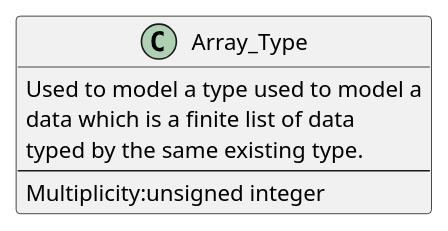
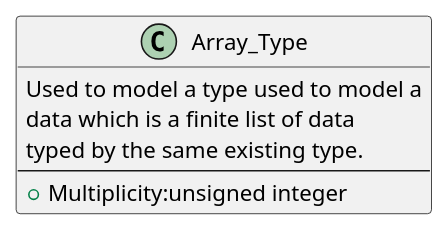
Before and after one commit to HomeMadeBots/Embedded_Software_Meta_Model: the diagram in Meta-Classes/Array_Type.puml, drawn with PlantUML. The commit also changed 8 other files, not shown here.

```diff
--- a/Meta-Classes/Array_Type.puml
+++ b/Meta-Classes/Array_Type.puml
@@ -1,12 +1,12 @@
 @startuml
 
 class Array_Type
 {
   Used to model a type used to model a
   data which is a finite list of data
   typed by the same existing type.
   --
-  Multiplicity:unsigned integer
+  + Multiplicity:unsigned integer
 }
 
 @enduml
```
